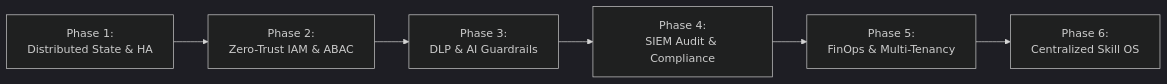
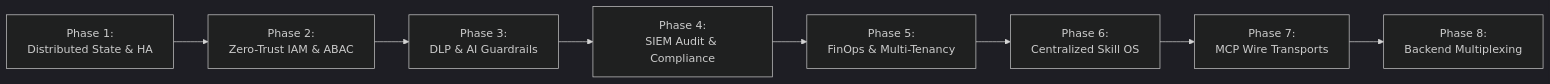
The diagram in docs/roadmap/00_ROADMAP_OVERVIEW.md (ihkaru/aegis-gateway), drawn with Mermaid (dark theme) before and after one commit. The commit also changed other lines of this file and 2 other files, not shown here.

Commit message:
docs(roadmap): add Phase 7 Wire Transports and Phase 8 Backend Multiplexing

````diff
--- a/docs/roadmap/00_ROADMAP_OVERVIEW.md
+++ b/docs/roadmap/00_ROADMAP_OVERVIEW.md
@@ -16,8 +16,10 @@
 ```mermaid
 flowchart LR
     P1["Phase 1:<br/>Distributed State & HA"] --> P2["Phase 2:<br/>Zero-Trust IAM & ABAC"]
     P2 --> P3["Phase 3:<br/>DLP & AI Guardrails"]
     P3 --> P4["Phase 4:<br/>SIEM Audit & Compliance"]
     P4 --> P5["Phase 5:<br/>FinOps & Multi-Tenancy"]
     P5 --> P6["Phase 6:<br/>Centralized Skill OS"]
+    P6 --> P7["Phase 7:<br/>MCP Wire Transports"]
+    P7 --> P8["Phase 8:<br/>Backend Multiplexing"]
 ```
````
